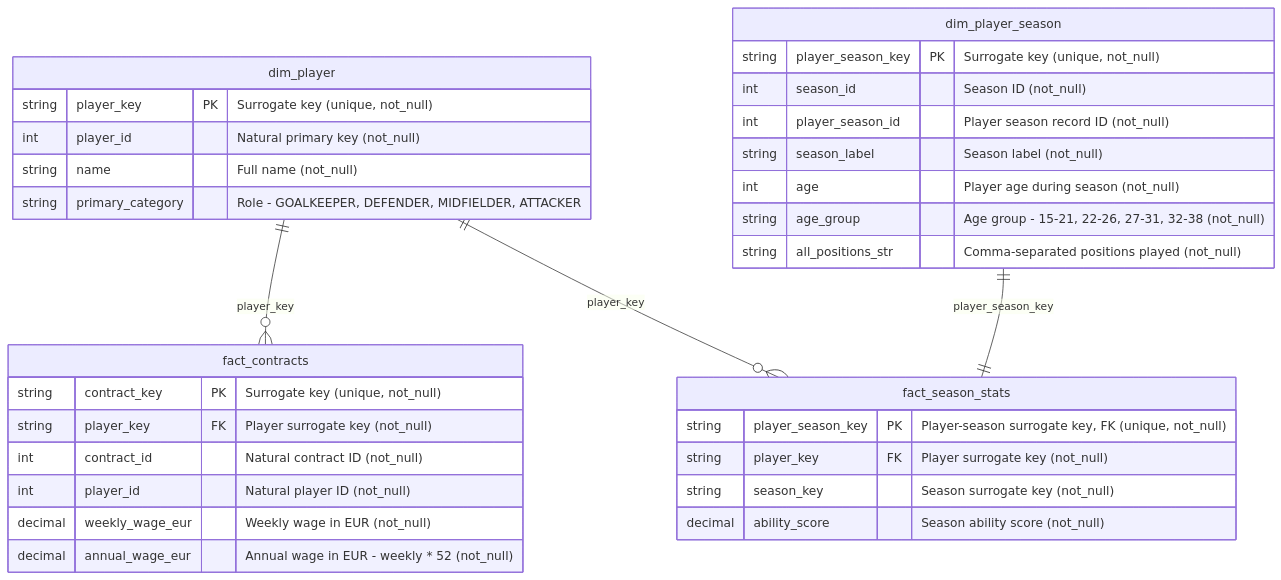
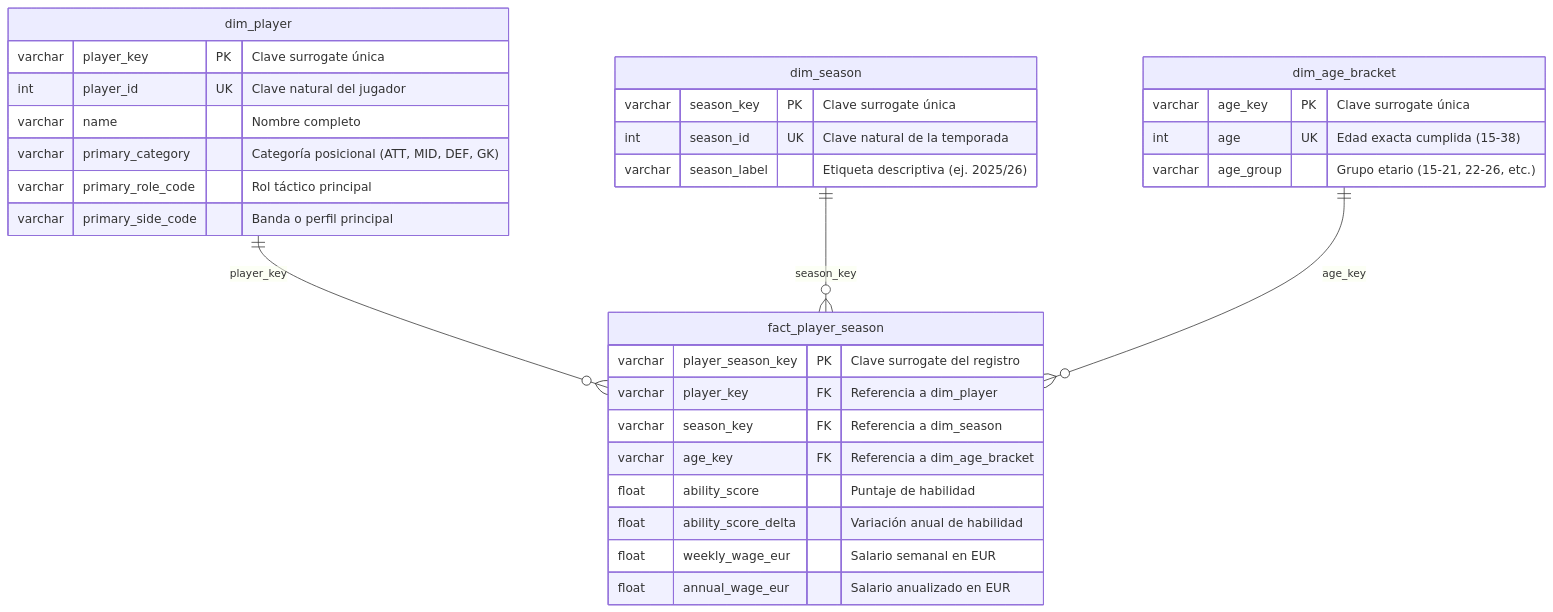
The diagram in README.md (Jtorres1000/Football_players_analysis), drawn with Mermaid before and after one commit. The commit also changed other lines of this file, not shown here.

Commit message:
chore: se actualiza el readme para que tenga coherencia con el nuevo modelo desnormalizado

````diff
--- a/README.md
+++ b/README.md
@@ -66,39 +66,38 @@
 ```mermaid
 erDiagram
-    fact_contracts {
-        string contract_key PK "Surrogate key (unique, not_null)"
-        string player_key FK "Player surrogate key (not_null)"
-        int contract_id "Natural contract ID (not_null)"
-        int player_id "Natural player ID (not_null)"
-        decimal weekly_wage_eur "Weekly wage in EUR (not_null)"
-        decimal annual_wage_eur "Annual wage in EUR - weekly * 52 (not_null)"
+    dim_player ||--o{ fact_player_season : "player_key"
+    dim_season ||--o{ fact_player_season : "season_key"
+    dim_age_bracket ||--o{ fact_player_season : "age_key"
+
+    dim_player {
+        varchar player_key PK "Clave surrogate única"
+        int player_id UK "Clave natural del jugador"
+        varchar name "Nombre completo"
+        varchar primary_category "Categoría posicional (ATT, MID, DEF, GK)"
+        varchar primary_role_code "Rol táctico principal"
+        varchar primary_side_code "Banda o perfil principal"
     }
 
-    fact_season_stats {
-        string player_season_key PK "Player-season surrogate key, FK (unique, not_null)"
-        string player_key FK "Player surrogate key (not_null)"
-        string season_key "Season surrogate key (not_null)"
-        decimal ability_score "Season ability score (not_null)"
+    dim_season {
+        varchar season_key PK "Clave surrogate única"
+        int season_id UK "Clave natural de la temporada"
+        varchar season_label "Etiqueta descriptiva (ej. 2025/26)"
     }
 
-    dim_player {
-        string player_key PK "Surrogate key (unique, not_null)"
-        int player_id "Natural primary key (not_null)"
-        string name "Full name (not_null)"
-        string primary_category "Role - GOALKEEPER, DEFENDER, MIDFIELDER, ATTACKER"
+    dim_age_bracket {
+        varchar age_key PK "Clave surrogate única"
+        int age UK "Edad exacta cumplida (15-38)"
+        varchar age_group "Grupo etario (15-21, 22-26, etc.)"
     }
 
-    dim_player_season {
-        string player_season_key PK "Surrogate key (unique, not_null)"
-        int season_id "Season ID (not_null)"
-        int player_season_id "Player season record ID (not_null)"
-        string season_label "Season label (not_null)"
-        int age "Player age during season (not_null)"
-        string age_group "Age group - 15-21, 22-26, 27-31, 32-38 (not_null)"
-        string all_positions_str "Comma-separated positions played (not_null)"
+    fact_player_season {
+        varchar player_season_key PK "Clave surrogate del registro"
+        varchar player_key FK "Referencia a dim_player"
+        varchar season_key FK "Referencia a dim_season"
+        varchar age_key FK "Referencia a dim_age_bracket"
+        float ability_score "Puntaje de habilidad"
+        float ability_score_delta "Variación anual de habilidad"
+        float weekly_wage_eur "Salario semanal en EUR"
+        float annual_wage_eur "Salario anualizado en EUR"
     }
-
-    dim_player ||--o{ fact_contracts : player_key
-    dim_player ||--o{ fact_season_stats : player_key
-    dim_player_season ||--|| fact_season_stats : player_season_key
 ```
````
